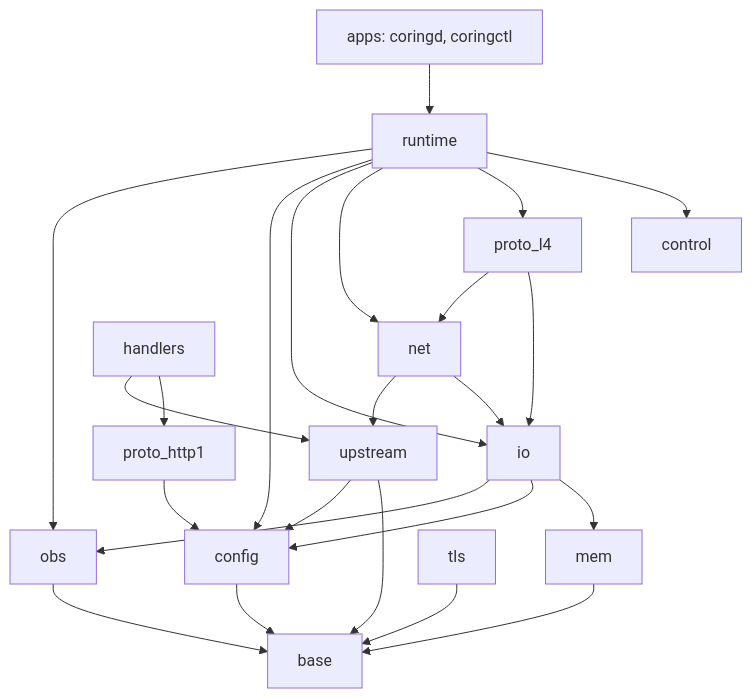
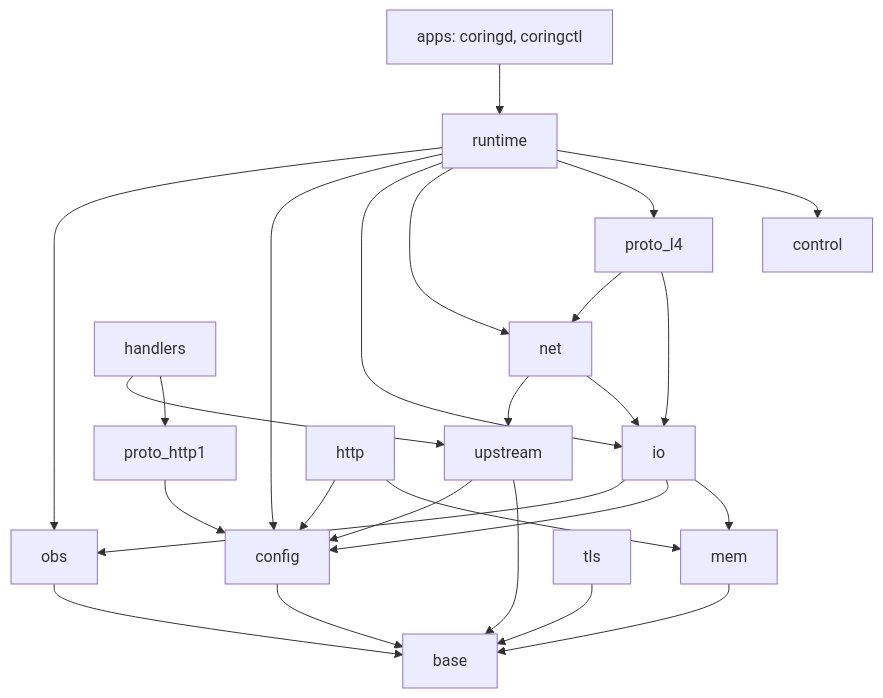
One commit to DarkXPixel/Coring changed the first of 3 diagrams in docs/ARCHITECTURE.md. Above: the diagram before and after it, drawn with Mermaid. The commit also changed other lines of this file and 176 other files, not shown here.

````diff
--- a/docs/ARCHITECTURE.md
+++ b/docs/ARCHITECTURE.md
@@ -20,26 +40,28 @@
 ```mermaid
 flowchart TD
   apps["apps: coringd, coringctl"] --> runtime
   runtime --> control
   runtime --> proto_l4
   runtime --> net
   runtime --> io
   runtime --> config
   runtime --> obs
   handlers --> proto_http1
   handlers --> upstream
   proto_l4 --> io
   proto_l4 --> net
   net --> io
   net --> upstream
   io --> mem
   io --> config
   io --> obs
   proto_http1 --> config
+  http --> mem
+  http --> config
   mem --> base
   config --> base
   obs --> base
   upstream --> base
   upstream --> config
   tls --> base
 ```
````
